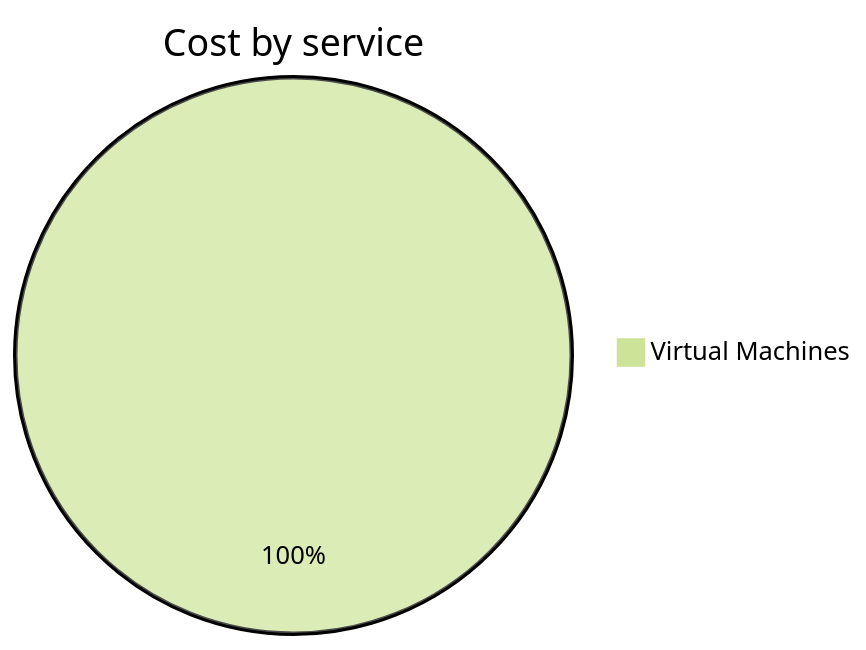
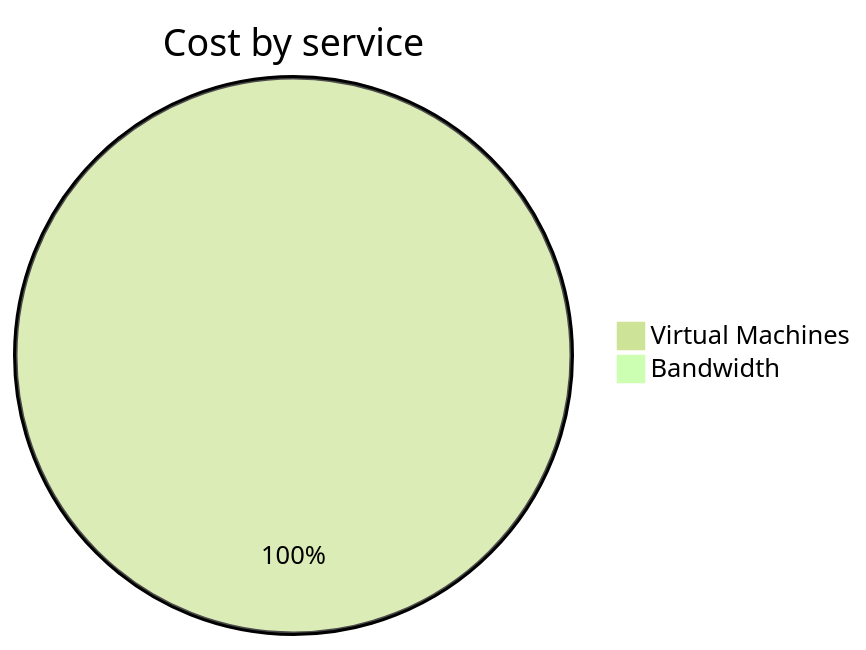
The second of 4 diagrams in cost-reports/personal-network/backup-server.md (jpfulton/azure-personal-reports), drawn with Mermaid (forest theme) before and after one commit. The commit also changed other lines of this file and 9 other files, not shown here.

````diff
--- a/cost-reports/personal-network/backup-server.md
+++ b/cost-reports/personal-network/backup-server.md
@@ -95,5 +96,6 @@
 ```mermaid
 pie
    title Cost by service
-   "Virtual Machines" : 0.04
+   "Virtual Machines" : 0.23
+   "Bandwidth" : 0.00
 ```
````
